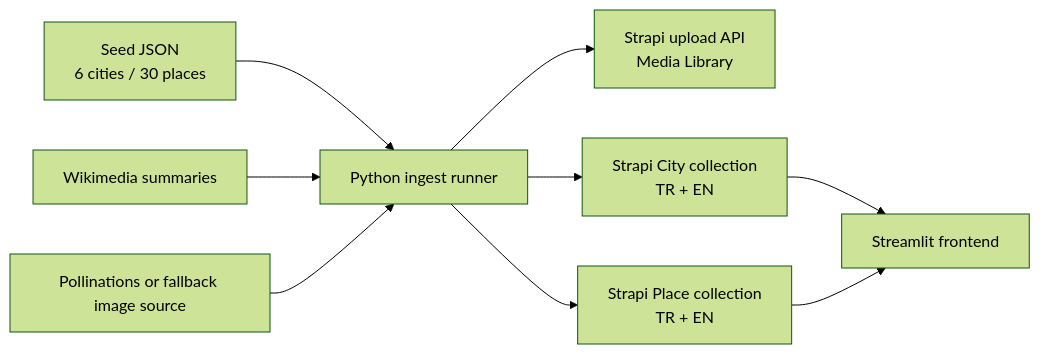
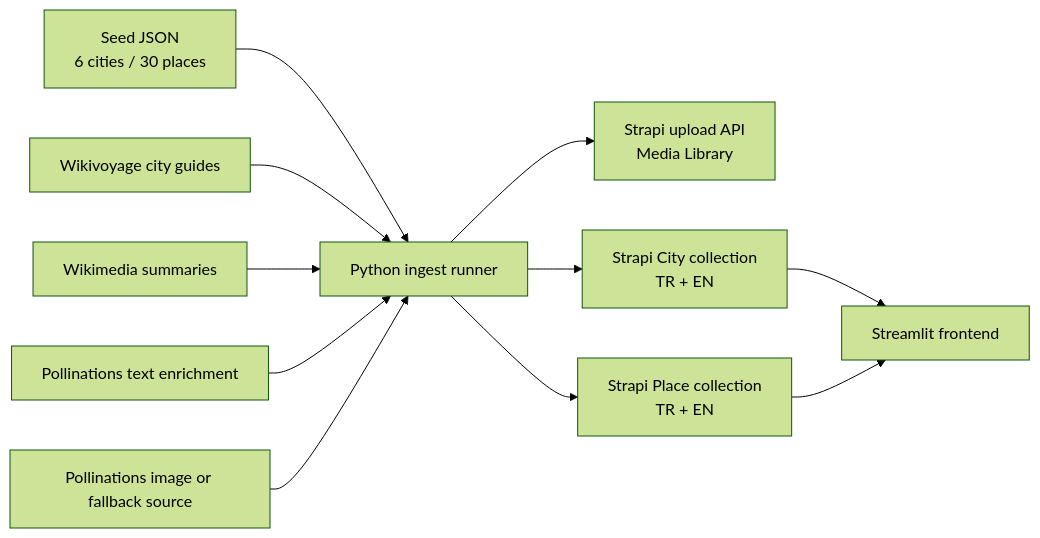
One commit to Thebeskci/rotoloji-gezi-rehberi changed the diagram in docs/architecture.mmd. Above: the diagram before and after it, drawn with Mermaid (forest theme). The commit also changed 22 other files, not shown here.

Commit message:
Prepare live Render deployment flow

```diff
--- a/docs/architecture.mmd
+++ b/docs/architecture.mmd
@@ -1,9 +1,11 @@
 flowchart LR
     A["Seed JSON<br/>6 cities / 30 places"] --> B["Python ingest runner"]
+    T["Wikivoyage city guides"] --> B
     W["Wikimedia summaries"] --> B
-    P["Pollinations or fallback image source"] --> B
+    E["Pollinations text enrichment"] --> B
+    P["Pollinations image or fallback source"] --> B
     B --> U["Strapi upload API<br/>Media Library"]
     B --> C["Strapi City collection<br/>TR + EN"]
     B --> D["Strapi Place collection<br/>TR + EN"]
     C --> S["Streamlit frontend"]
     D --> S
```
